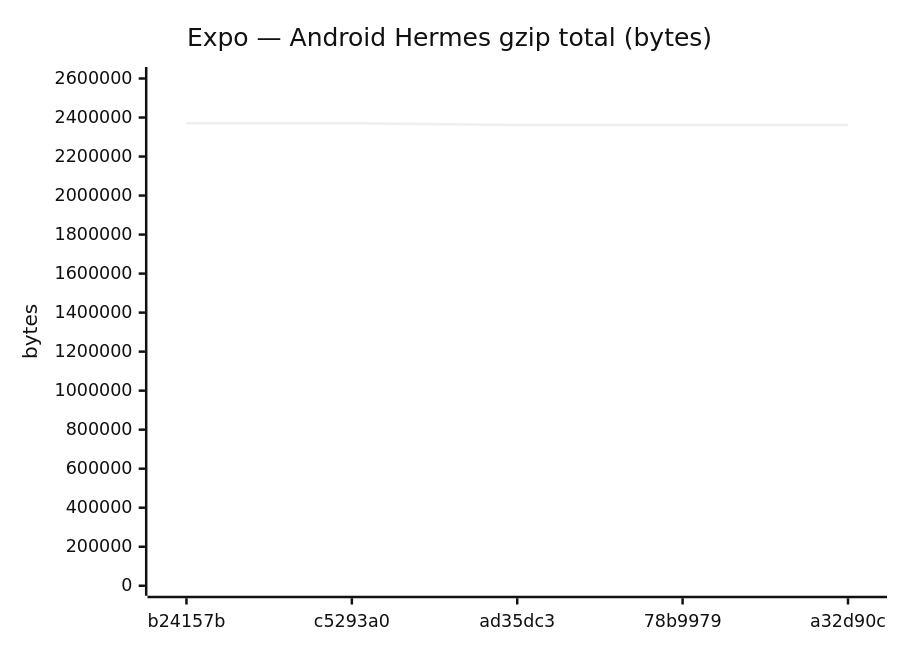
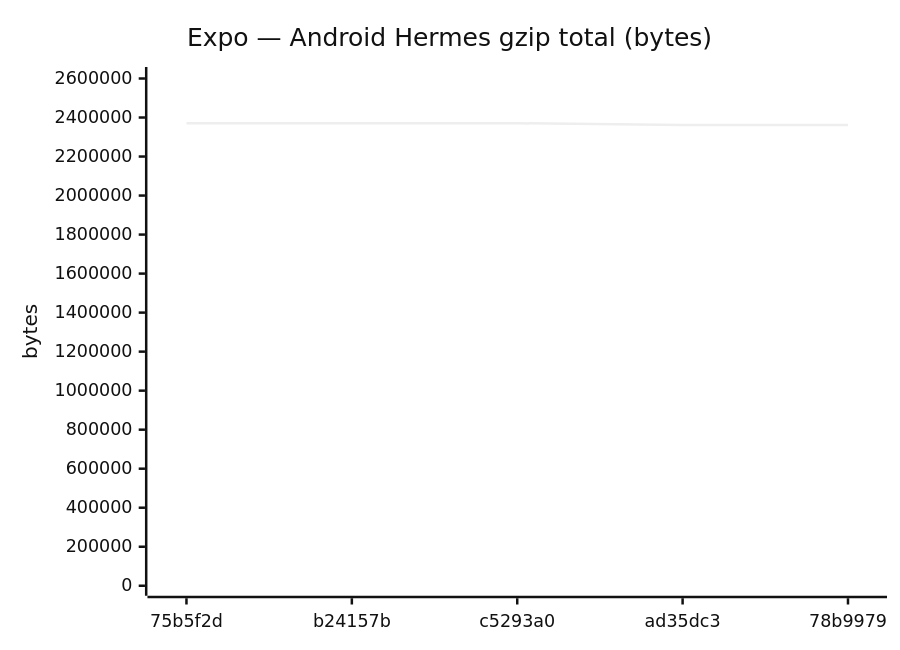
Before and after one commit to Metaheurist/Rianell: diagram 15 of 24 in benchmarks/compare.md, drawn with Mermaid (neutral theme). The commit also changed other lines of this file and 14 other files, not shown here.

````diff
--- a/benchmarks/compare.md
+++ b/benchmarks/compare.md
@@ -221,7 +221,7 @@
 ```mermaid
 xychart-beta
     title "Expo — Android Hermes gzip total (bytes)"
-    x-axis ["b24157b", "c5293a0", "ad35dc3", "78b9979", "a32d90c"]
+    x-axis ["75b5f2d", "b24157b", "c5293a0", "ad35dc3", "78b9979"]
     y-axis "bytes" 0 --> 2607698
-    line [2370632, 2370634, 2362082, 2362084, 2362047]
+    line [2370632, 2370632, 2370634, 2362082, 2362084]
 ```
````
